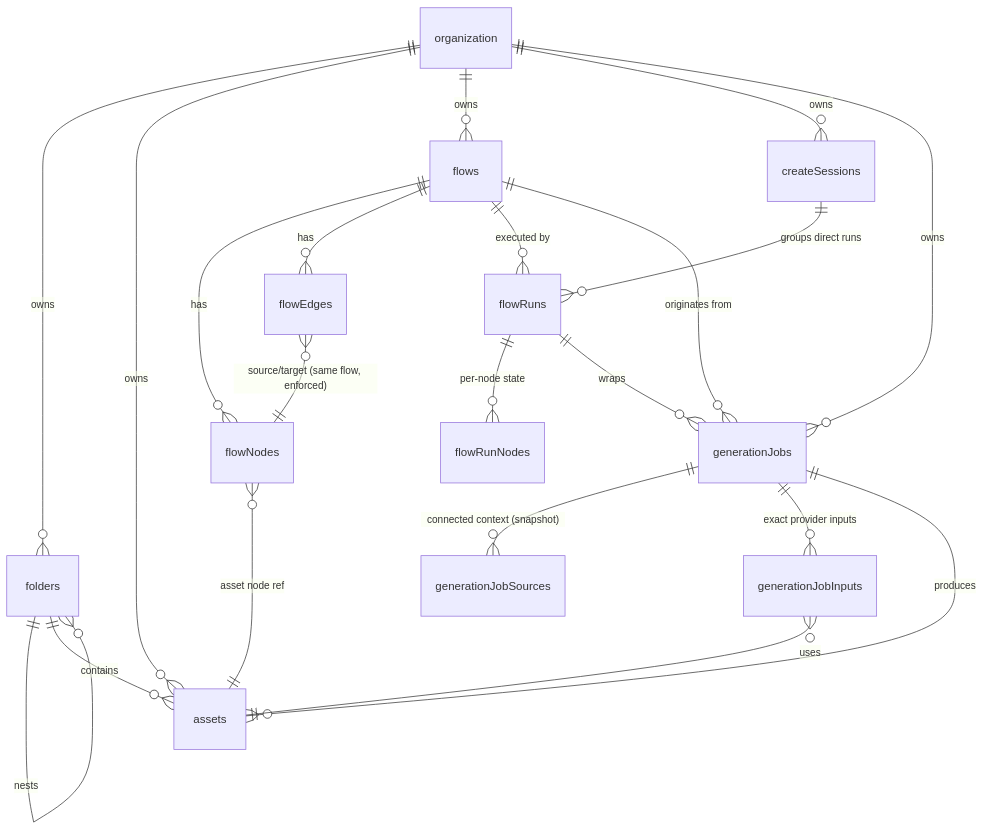
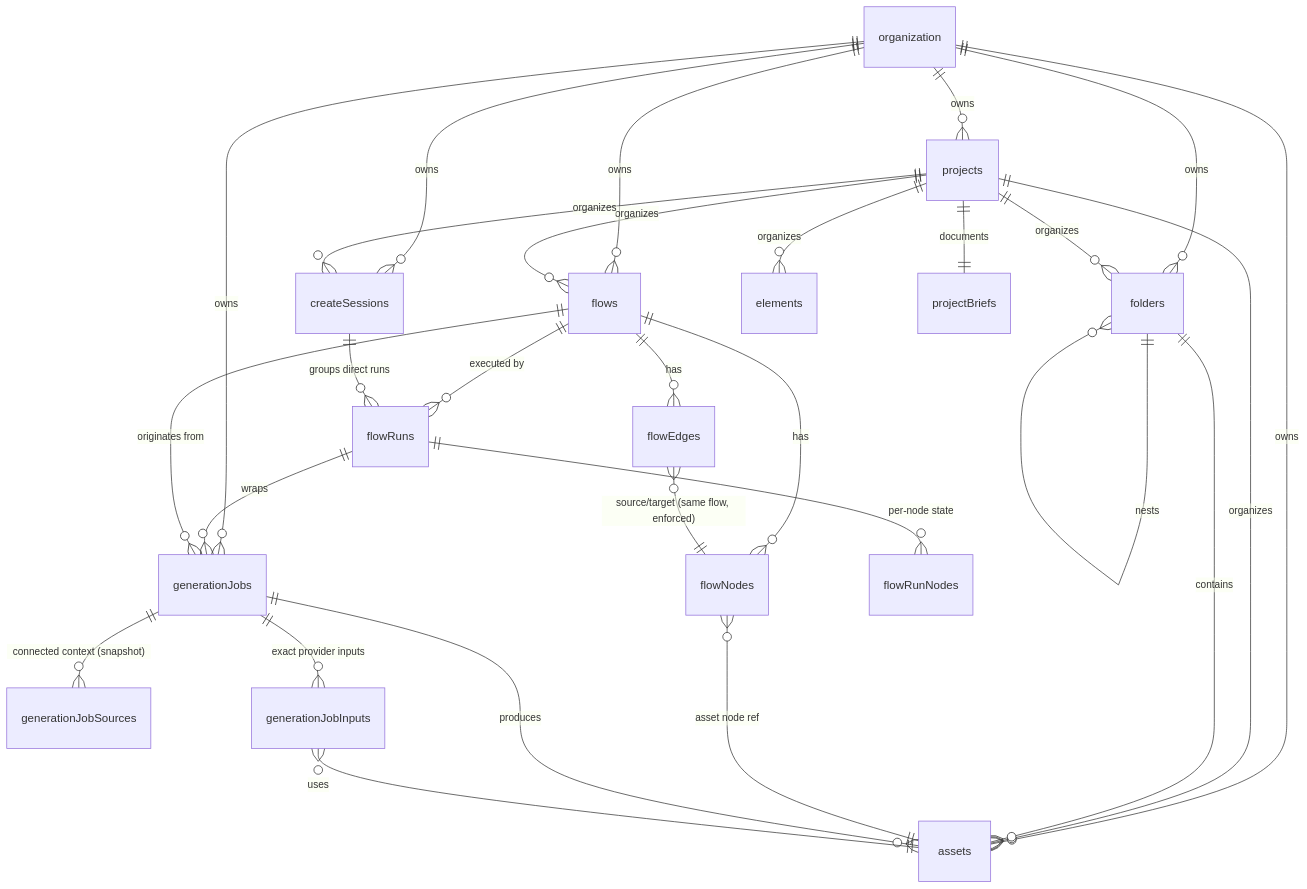
One commit to leognmotta/talelabs changed the diagram in docs/db-design-planning-v2.md. Above: the diagram before and after it, drawn with Mermaid. The commit also changed other lines of this file and 2 other files, not shown here.

Commit message:
feat: update API and database design documentation to include Projects as an optional organization layer

````diff
--- a/docs/db-design-planning-v2.md
+++ b/docs/db-design-planning-v2.md
@@ -143,25 +154,32 @@
 ```mermaid
 erDiagram
     organization ||--o{ folders : owns
     organization ||--o{ assets : owns
     organization ||--o{ flows : owns
     organization ||--o{ createSessions : owns
     organization ||--o{ generationJobs : owns
+    organization ||--o{ projects : owns
 
+    projects ||--o{ folders : organizes
+    projects ||--o{ assets : organizes
+    projects ||--o{ flows : organizes
+    projects ||--o{ createSessions : organizes
+    projects ||--o{ elements : organizes
+    projects ||--|| projectBriefs : documents
     folders ||--o{ folders : nests
     folders ||--o{ assets : contains
     flows ||--o{ flowNodes : has
     flows ||--o{ flowEdges : has
     flows ||--o{ flowRuns : "executed by"
     createSessions ||--o{ flowRuns : "groups direct runs"
     flowRuns ||--o{ flowRunNodes : "per-node state"
     flowRuns ||--o{ generationJobs : wraps
     flowNodes }o--|| assets : "asset node ref"
     flowEdges }o--|| flowNodes : "source/target (same flow, enforced)"
 
     generationJobs }o--|| flows : "originates from"
     generationJobs ||--o{ generationJobSources : "connected context (snapshot)"
     generationJobs ||--o{ generationJobInputs : "exact provider inputs"
     generationJobs ||--o{ assets : produces
     generationJobInputs }o--|| assets : uses
 ```
````
